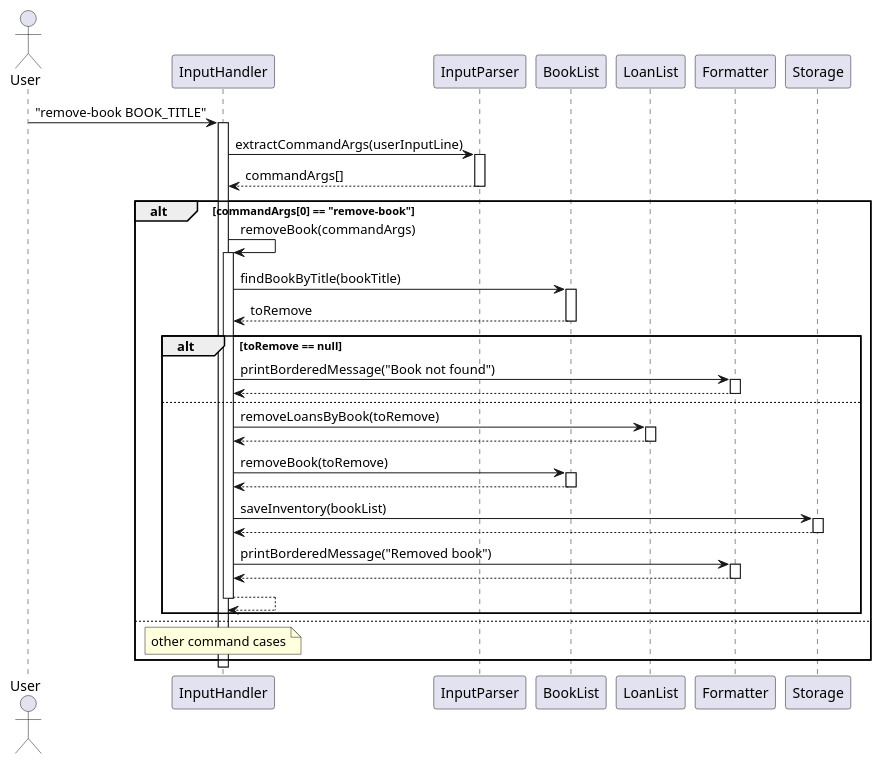
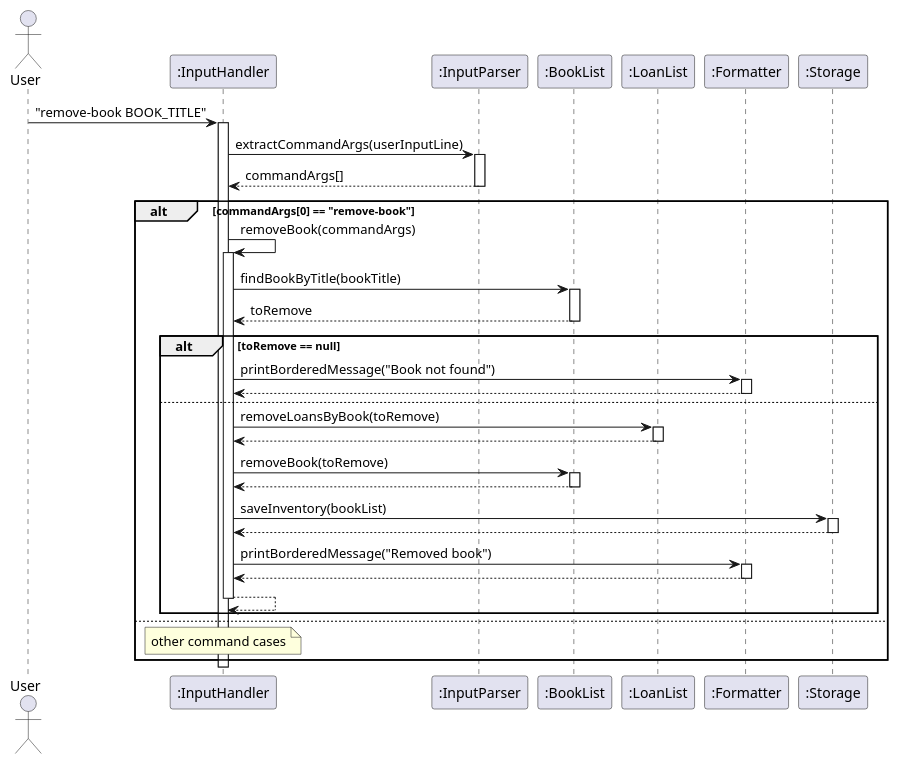
The diagram in docs/diagrams/removeBook.puml (AY2425S2-CS2113-T12-2/tp), drawn with PlantUML before and after one commit. The commit also changed 19 other files, not shown here.

```diff
--- a/docs/diagrams/removeBook.puml
+++ b/docs/diagrams/removeBook.puml
@@ -1,57 +1,57 @@
 @startuml
 actor User
-participant InputHandler
-participant InputParser
-participant BookList
-participant LoanList
-participant Formatter
-participant Storage
+participant InputHandler as ":InputHandler"
+participant InputParser as ":InputParser"
+participant BookList as ":BookList"
+participant LoanList as ":LoanList"
+participant Formatter as ":Formatter"
+participant Storage as ":Storage"
 
 User -> InputHandler: "remove-book BOOK_TITLE"
 activate InputHandler
 
     InputHandler -> InputParser: extractCommandArgs(userInputLine)
     activate InputParser
     InputParser --> InputHandler: commandArgs[]
     deactivate InputParser
     alt commandArgs[0] == "remove-book"
         InputHandler -> InputHandler: removeBook(commandArgs)
         activate InputHandler
         InputHandler -> BookList: findBookByTitle(bookTitle)
         activate BookList
         BookList --> InputHandler: toRemove
         deactivate BookList
         alt toRemove == null
             InputHandler -> Formatter: printBorderedMessage("Book not found")
             activate Formatter
             Formatter --> InputHandler
             deactivate Formatter
         else
             InputHandler -> LoanList: removeLoansByBook(toRemove)
             activate LoanList
             LoanList --> InputHandler
             deactivate LoanList
 
             InputHandler -> BookList: removeBook(toRemove)
             activate BookList
             BookList --> InputHandler
             deactivate BookList
             InputHandler -> Storage: saveInventory(bookList)
             activate Storage
             Storage --> InputHandler
             deactivate Storage
             InputHandler -> Formatter: printBorderedMessage("Removed book")
             activate Formatter
             Formatter --> InputHandler
             deactivate Formatter
             InputHandler --> InputHandler
             deactivate InputHandler
         end
     else
     note over InputHandler
     other command cases
     end note
     end
 
 deactivate InputHandler
 @enduml
```
